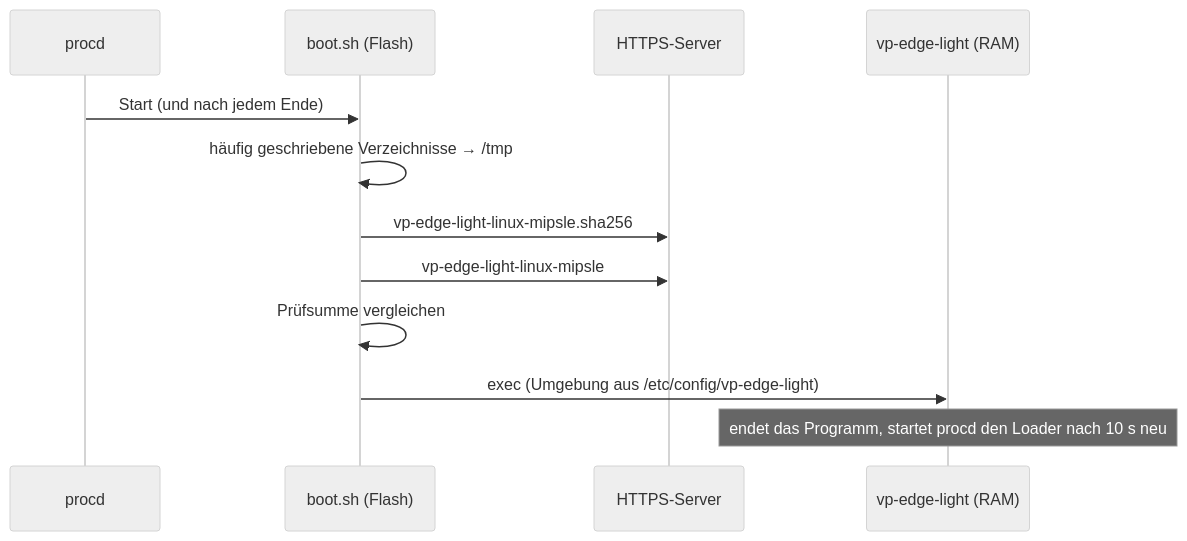
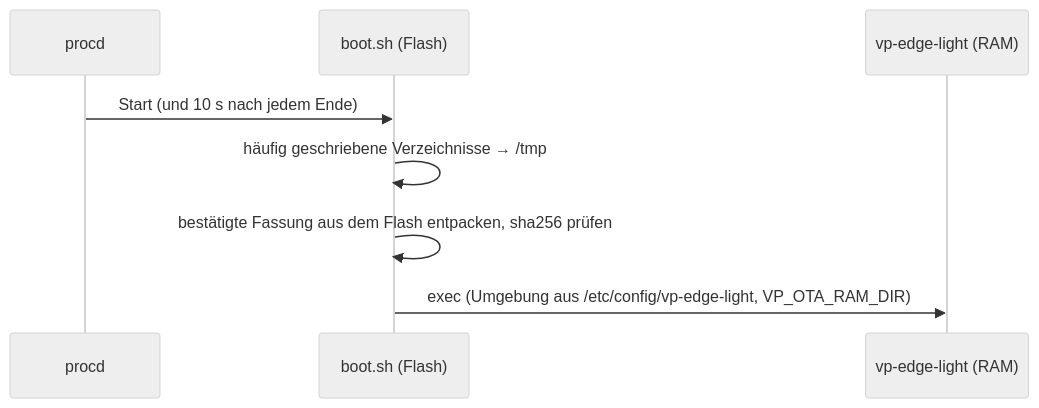
The first of 2 diagrams in edge-light/docs/boot-und-updates.md (Rayleigh3105/voltpilot-ems), drawn with Mermaid (neutral theme) before and after one commit. The commit also changed other lines of this file and 10 other files, not shown here.

Commit message:
Edge Light K8: Doku, Laborbeweis P1–P11 und Runbook Nachrüsten (Unterlagen K6/K7) (#1661)

````diff
--- a/edge-light/docs/boot-und-updates.md
+++ b/edge-light/docs/boot-und-updates.md
@@ -5,14 +7,10 @@
 ```mermaid
 sequenceDiagram
     participant procd
     participant boot as boot.sh (Flash)
-    participant srv as HTTPS-Server
     participant bin as vp-edge-light (RAM)
-    procd->>boot: Start (und nach jedem Ende)
+    procd->>boot: Start (und 10 s nach jedem Ende)
     boot->>boot: häufig geschriebene Verzeichnisse → /tmp
-    boot->>srv: vp-edge-light-linux-mipsle.sha256
-    boot->>srv: vp-edge-light-linux-mipsle
-    boot->>boot: Prüfsumme vergleichen
-    boot->>bin: exec (Umgebung aus /etc/config/vp-edge-light)
-    Note over bin: endet das Programm, startet procd den Loader nach 10 s neu
+    boot->>boot: bestätigte Fassung aus dem Flash entpacken, sha256 prüfen
+    boot->>bin: exec (Umgebung aus /etc/config/vp-edge-light, VP_OTA_RAM_DIR)
 ```
````
